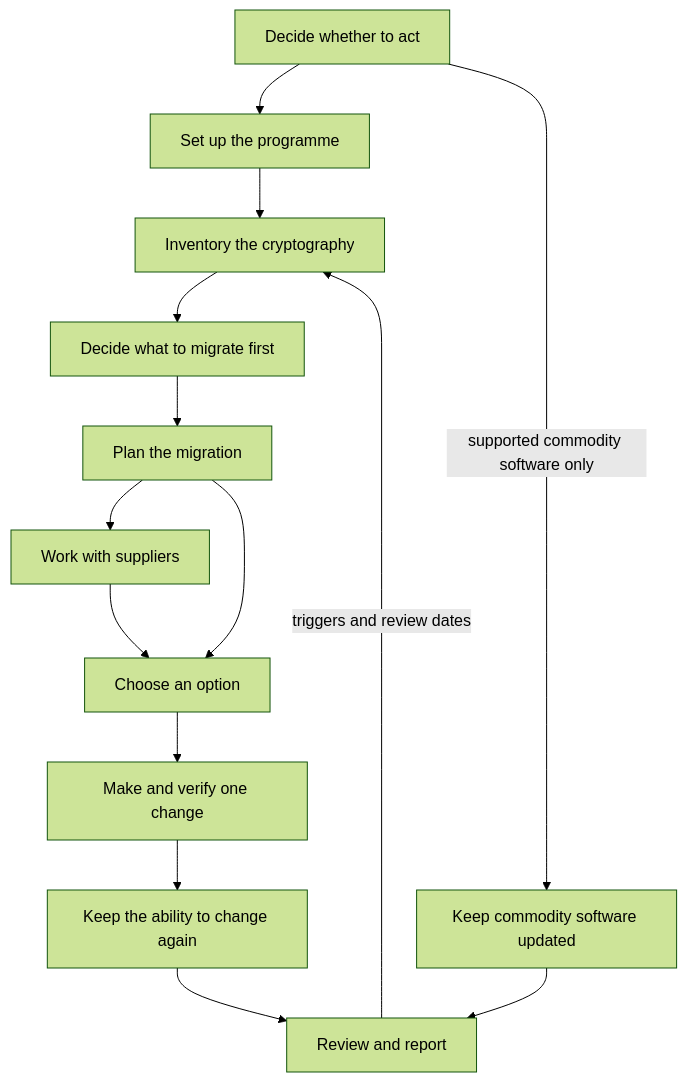
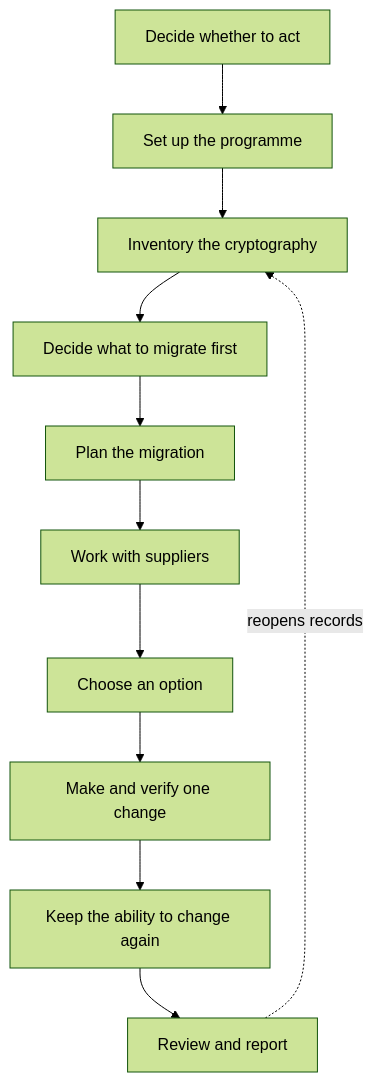
The diagram in docs/migration-practices/index.md (pqc-community/handbook), drawn with Mermaid (forest theme) before and after one commit. The commit also changed other lines of this file and 13 other files, not shown here.

First line of the commit message:
docs(practices): resolve second review pass; narrow overview diagram

````diff
--- a/docs/migration-practices/index.md
+++ b/docs/migration-practices/index.md
@@ -12,16 +12,13 @@
 ```mermaid
 flowchart TD
     D[Decide whether to act] --> P[Set up the programme]
-    D -->|supported commodity software only| C[Keep commodity software updated]
     P --> I[Inventory the cryptography]
     I --> R[Decide what to migrate first]
     R --> PL[Plan the migration]
     PL --> S[Work with suppliers]
-    PL --> O[Choose an option]
-    S --> O
+    S --> O[Choose an option]
     O --> M[Make and verify one change]
     M --> A[Keep the ability to change again]
     A --> V[Review and report]
-    C --> V
-    V -->|triggers and review dates| I
+    V -.->|reopens records| I
 ```
````
